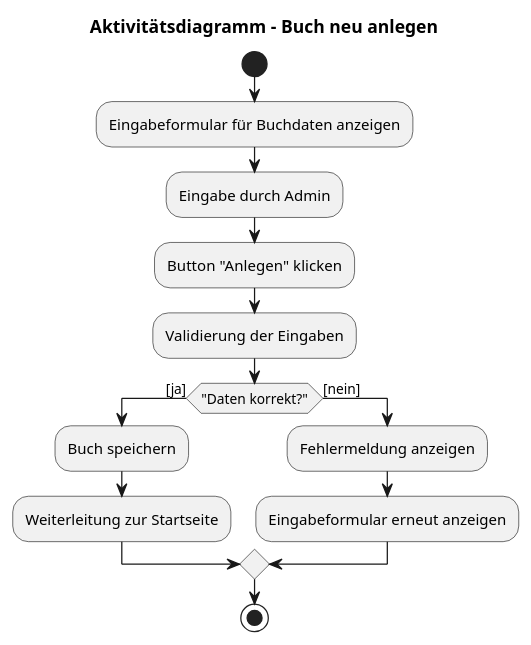
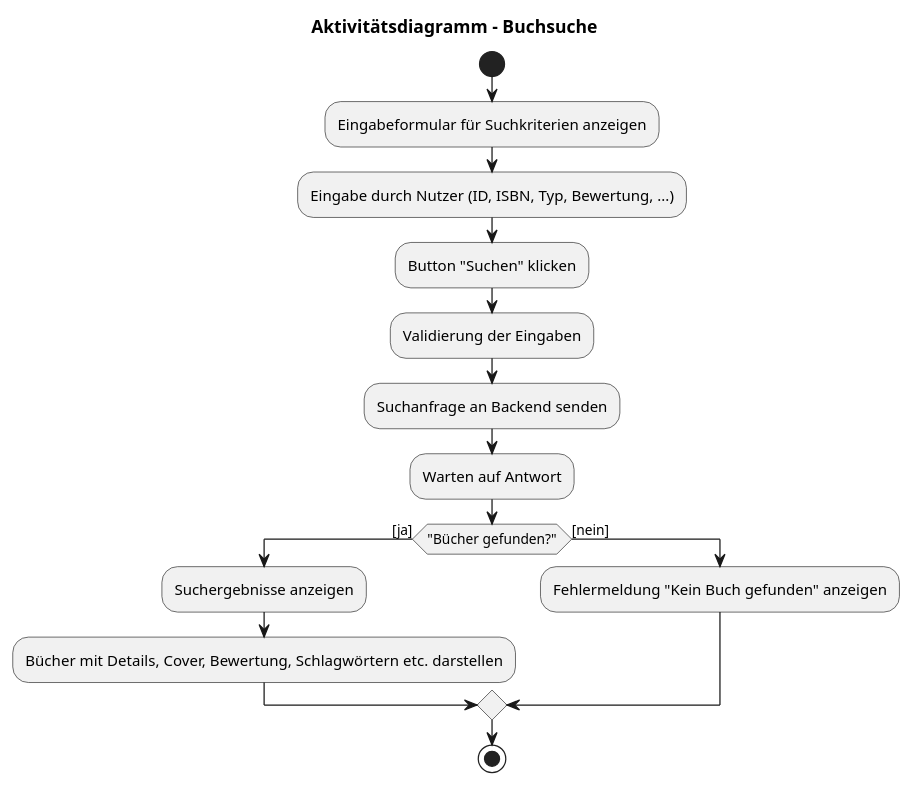
The diagram in extras/doc/projekthandbuch/aktivitaetsdiarammSuche.plantuml (feydernoah/swe-react-frontend), drawn with PlantUML before and after one commit. The commit also changed 5 other files, not shown here.

Commit message:
Plant UML Ergänzung Delete Funktion und Aufarbeitung bestehender Diagramme

```diff
--- a/extras/doc/projekthandbuch/aktivitaetsdiarammSuche.plantuml
+++ b/extras/doc/projekthandbuch/aktivitaetsdiarammSuche.plantuml
@@ -3,23 +3,26 @@
-@startuml Aktivitätsdiagramm_BuchAnlegen
+@startuml Aktivitätsdiagramm_BuchSuche
 
-title Aktivitätsdiagramm – Buch neu anlegen
+title Aktivitätsdiagramm – Buchsuche
 
 start
 
-:Eingabeformular für Buchdaten anzeigen;
-:Eingabe durch Admin;
+:Eingabeformular für Suchkriterien anzeigen;
+:Eingabe durch Nutzer (ID, ISBN, Typ, Bewertung, ...);
 
-:Button "Anlegen" klicken;
+:Button "Suchen" klicken;
 :Validierung der Eingaben;
 
-if ("Daten korrekt?") then ([ja])
-  :Buch speichern;
-  :Weiterleitung zur Startseite;
+:Suchanfrage an Backend senden;
+
+:Warten auf Antwort;
+
+if ("Bücher gefunden?") then ([ja])
+  :Suchergebnisse anzeigen;
+  :Bücher mit Details, Cover, Bewertung, Schlagwörtern etc. darstellen;
 else ([nein])
-  :Fehlermeldung anzeigen;
-  :Eingabeformular erneut anzeigen;
+  :Fehlermeldung "Kein Buch gefunden" anzeigen;
 endif
 
 stop
 
 @enduml
```
